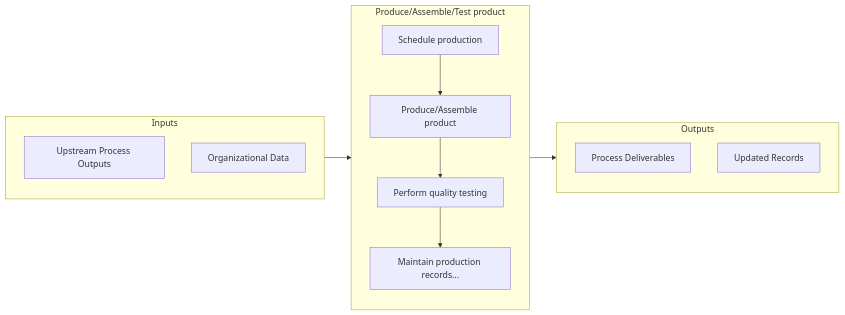
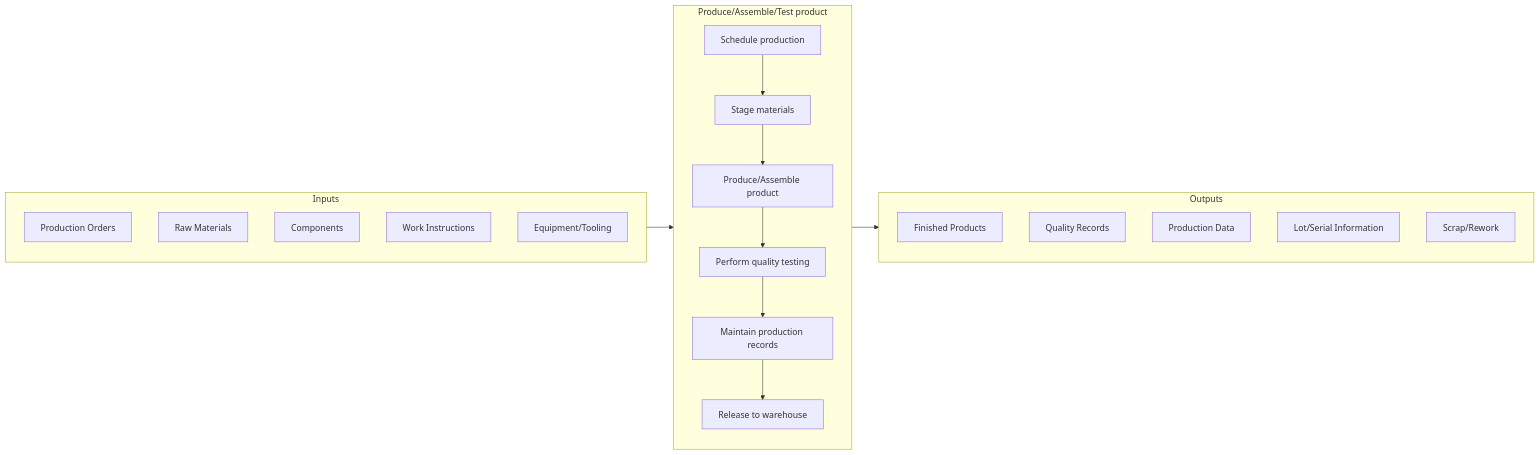
The second of 2 diagrams in processes/04-Delivery/4.3-ProduceAssembleTestProduct/index.mdx (kziemski/business.org.ai), drawn with Mermaid before and after one commit. The commit also changed other lines of this file and 885 other files, not shown here.

````diff
--- a/processes/04-Delivery/4.3-ProduceAssembleTestProduct/index.mdx
+++ b/processes/04-Delivery/4.3-ProduceAssembleTestProduct/index.mdx
@@ -61,24 +61,31 @@
 ```mermaid
 flowchart LR
     subgraph Inputs["Inputs"]
-        I1["Upstream Process Outputs"]
-        I2["Organizational Data"]
+        I1["Production Orders"]
+        I2["Raw Materials"]
+        I3["Components"]
+        I4["Work Instructions"]
+        I5["Equipment/Tooling"]
     end
 
     subgraph Process["Produce/Assemble/Test product"]
         S1["Schedule production"]
-        S2["Produce/Assemble product"]
-        S3["Perform quality testing"]
-        S4["Maintain production records..."]
+        S2["Stage materials"]
+        S3["Produce/Assemble product"]
+        S4["Perform quality testing"]
+        S5["Maintain production records"]
+        S6["Release to warehouse"]
+
+        S1 --> S2 --> S3 --> S4 --> S5 --> S6
     end
 
     subgraph Outputs["Outputs"]
-        O1["Process Deliverables"]
-        O2["Updated Records"]
+        O1["Finished Products"]
+        O2["Quality Records"]
+        O3["Production Data"]
+        O4["Lot/Serial Information"]
+        O5["Scrap/Rework"]
     end
 
     Inputs --> Process --> Outputs
-    S1 --> S2
-    S2 --> S3
-    S3 --> S4
 ```
````
